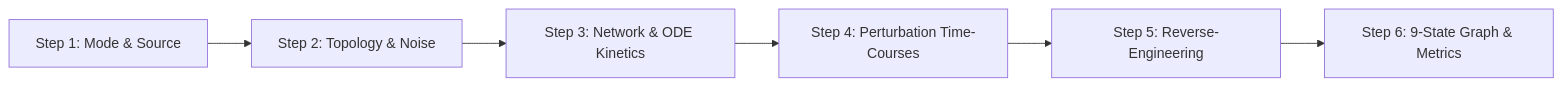
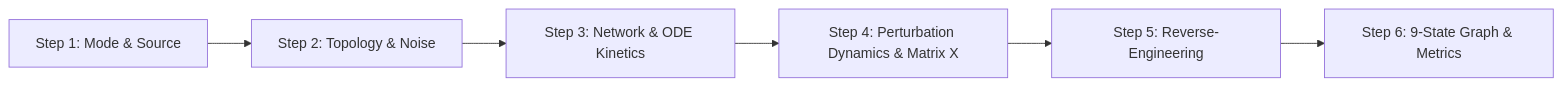
Before and after one commit to jwildenhain/gene-network-sim-inference: the diagram in README.md, drawn with Mermaid. The commit also changed other lines of this file and 2 other files, not shown here.

Commit message:
docs: update README, workflow pipeline, and audit report with Step 4 Line vs Bar plot toggle documentation

````diff
--- a/README.md
+++ b/README.md
@@ -122,8 +122,8 @@
 ```mermaid
 flowchart LR
     S1["Step 1: Mode &amp; Source"] --> S2["Step 2: Topology &amp; Noise"]
     S2 --> S3["Step 3: Network &amp; ODE Kinetics"]
-    S3 --> S4["Step 4: Perturbation Time-Courses"]
+    S3 --> S4["Step 4: Perturbation Dynamics &amp; Matrix X"]
     S4 --> S5["Step 5: Reverse-Engineering"]
     S5 --> S6["Step 6: 9-State Graph &amp; Metrics"]
 ```
````
